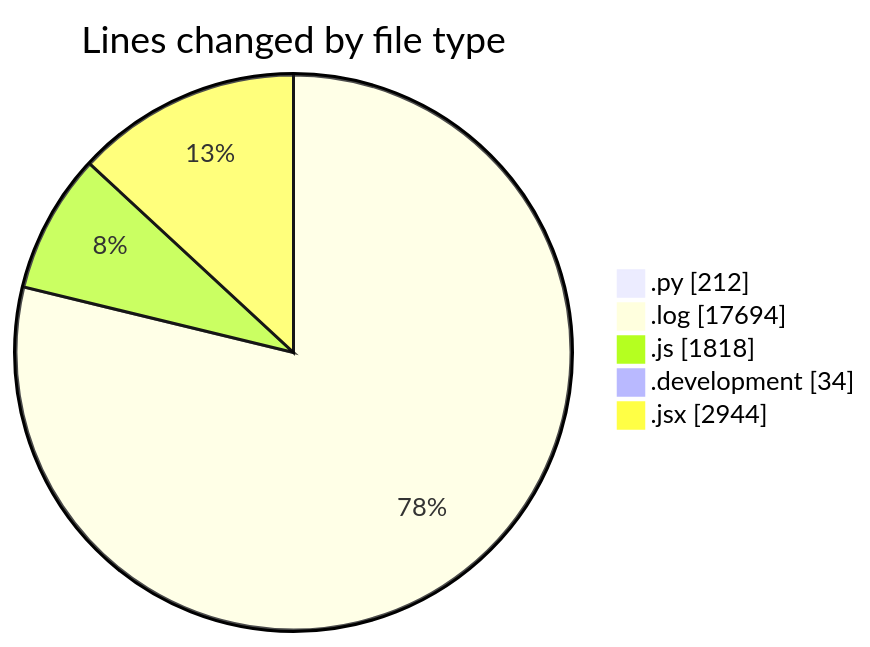
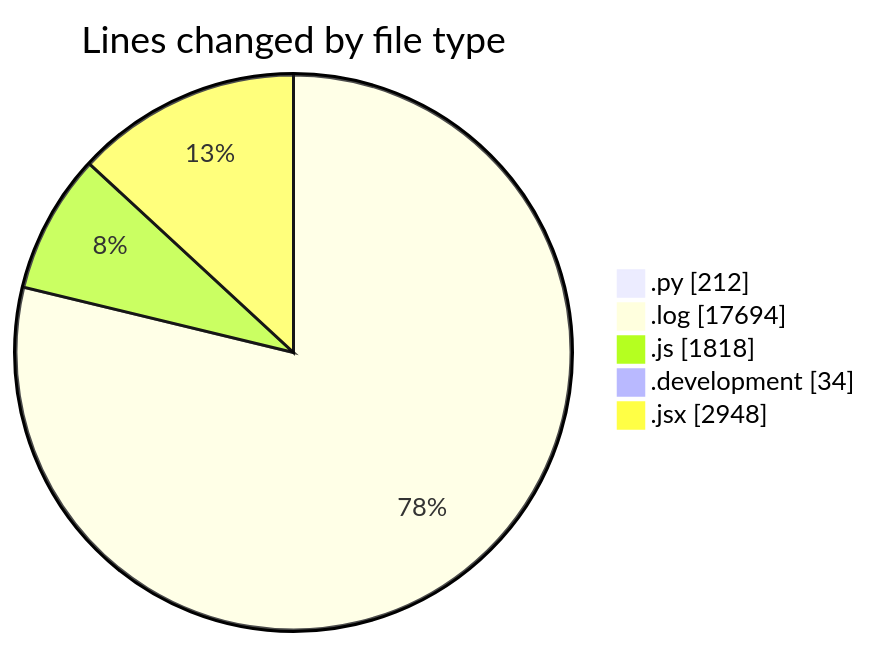
One commit to nxtqubesakshisongat/code-tracking changed the first of 2 diagrams in 2025-04-19/nxtqube_webapp/README.md. Above: the diagram before and after it, drawn with Mermaid. The commit also changed other lines of this file and 1 other file, not shown here.

````diff
--- a/2025-04-19/nxtqube_webapp/README.md
+++ b/2025-04-19/nxtqube_webapp/README.md
@@ -41,9 +41,9 @@
 ```mermaid
 pie showData
 title Lines changed by file type
 ".py" : 212
 ".log" : 17694
 ".js" : 1818
 ".development" : 34
-".jsx" : 2944
+".jsx" : 2948
 ```
````
